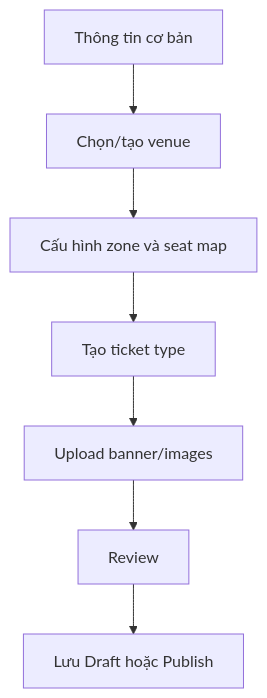
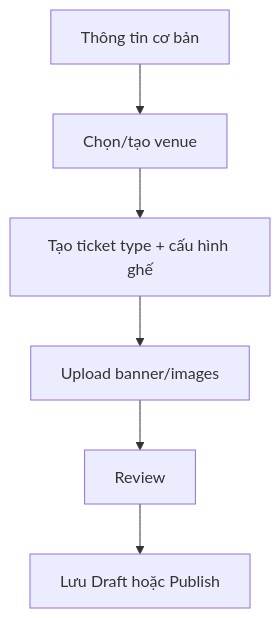
Before and after one commit to payyyyy326/eventix: the sixth of 15 diagrams in BACKEND/Eventix/docs/04-cac-luong-nghiep-vu.md, drawn with Mermaid. The commit also changed other lines of this file and 25 other files, not shown here.

````diff
--- a/BACKEND/Eventix/docs/04-cac-luong-nghiep-vu.md
+++ b/BACKEND/Eventix/docs/04-cac-luong-nghiep-vu.md
@@ -144,9 +149,8 @@
 ```mermaid
 flowchart TD
     S1[Thông tin cơ bản] --> S2[Chọn/tạo venue]
-    S2 --> S3[Cấu hình zone và seat map]
-    S3 --> S4[Tạo ticket type]
-    S4 --> S5[Upload banner/images]
-    S5 --> S6[Review]
-    S6 --> S7[Lưu Draft hoặc Publish]
+    S2 --> S3[Tạo ticket type + cấu hình ghế]
+    S3 --> S4[Upload banner/images]
+    S4 --> S5[Review]
+    S5 --> S6[Lưu Draft hoặc Publish]
 ```
````
